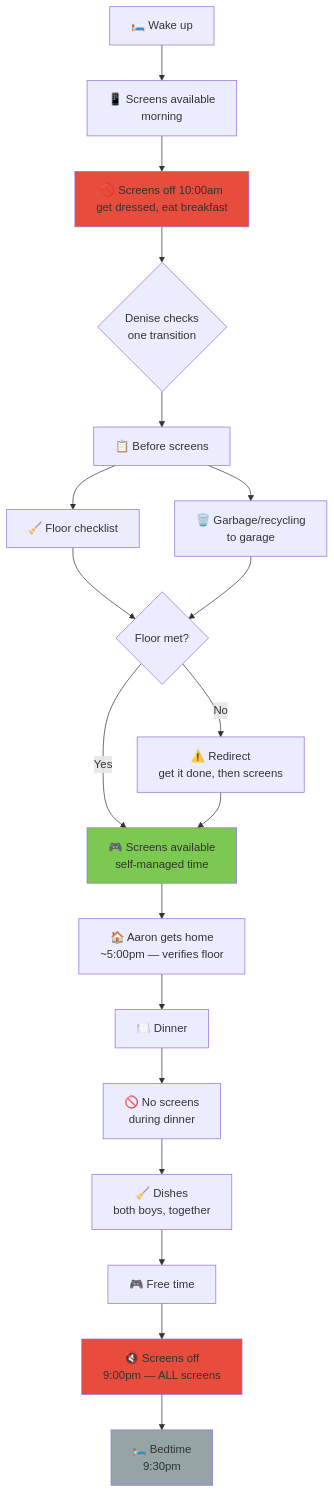
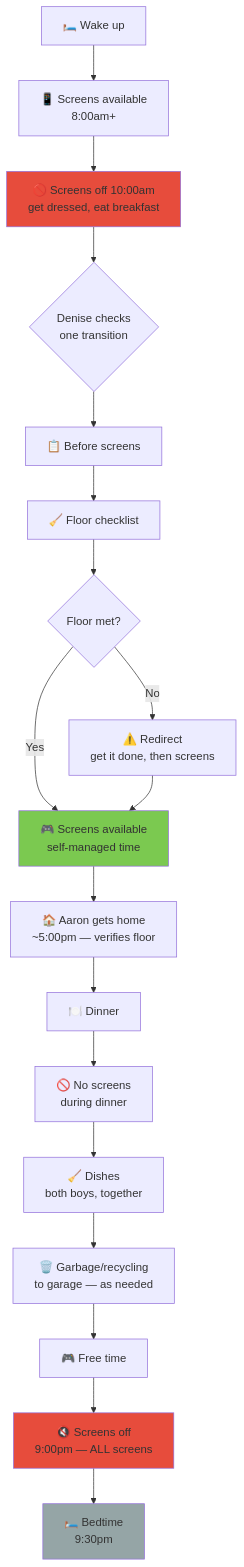
Before and after one commit to ajass/technology-reset: the diagram in day-types/05-weekday-off.md, drawn with Mermaid. The commit also changed other lines of this file and 7 other files, not shown here.

Commit message:
Garbage is part of floor not screen gate (after dishes/as needed), screens available at 8am noted, diagrams updated

````diff
--- a/day-types/05-weekday-off.md
+++ b/day-types/05-weekday-off.md
@@ -7,26 +7,25 @@
 ```mermaid
 flowchart TD
-    A["🛏️ Wake up"] --> B["📱 Screens available<br/>morning"]
+    A["🛏️ Wake up"] --> B["📱 Screens available<br/>8:00am+"]
     B --> C["🚫 Screens off 10:00am<br/>get dressed, eat breakfast"]
     C --> D{"Denise checks<br/>one transition"}
     D --> E["📋 Before screens"]
     E --> E1["🧹 Floor checklist"]
-    E --> E2["🗑️ Garbage/recycling<br/>to garage"]
     E1 --> F{"Floor met?"}
-    E2 --> F
     F -->|Yes| G["🎮 Screens available<br/>self-managed time"]
     F -->|No| H["⚠️ Redirect<br/>get it done, then screens"]
     H --> G
     G --> I["🏠 Aaron gets home<br/>~5:00pm — verifies floor"]
     I --> J["🍽️ Dinner"]
     J --> K["🚫 No screens<br/>during dinner"]
     K --> L["🧹 Dishes<br/>both boys, together"]
-    L --> M["🎮 Free time"]
-    M --> N["🔇 Screens off<br/>9:00pm — ALL screens"]
-    N --> O["🛏️ Bedtime<br/>9:30pm"]
+    L --> M["🗑️ Garbage/recycling<br/>to garage — as needed"]
+    M --> N["🎮 Free time"]
+    N --> O["🔇 Screens off<br/>9:00pm — ALL screens"]
+    O --> P["🛏️ Bedtime<br/>9:30pm"]
 
     style C fill:#e74c3c
     style G fill:#7bc950
-    style N fill:#e74c3c
-    style O fill:#95a5a6
+    style O fill:#e74c3c
+    style P fill:#95a5a6
 ```
````
